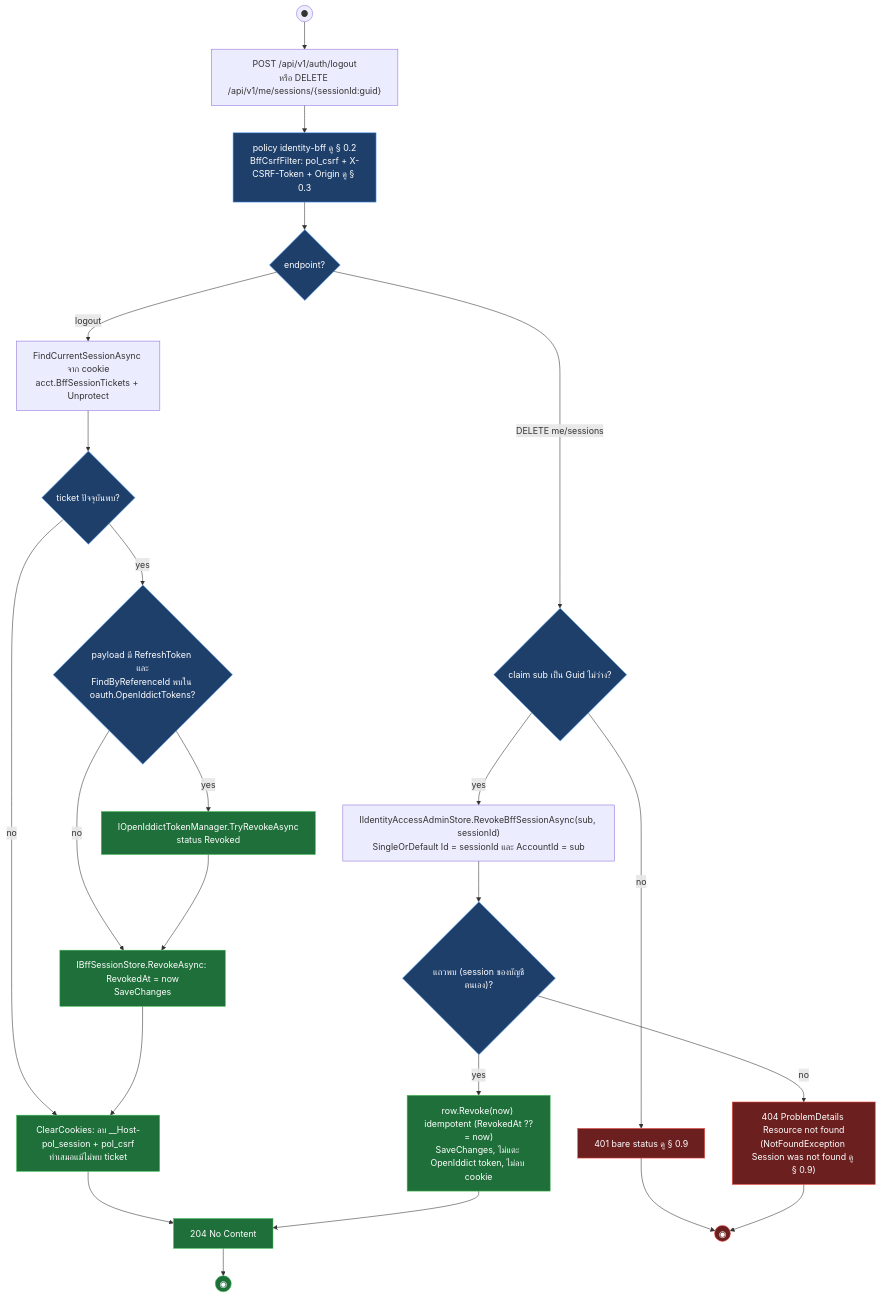
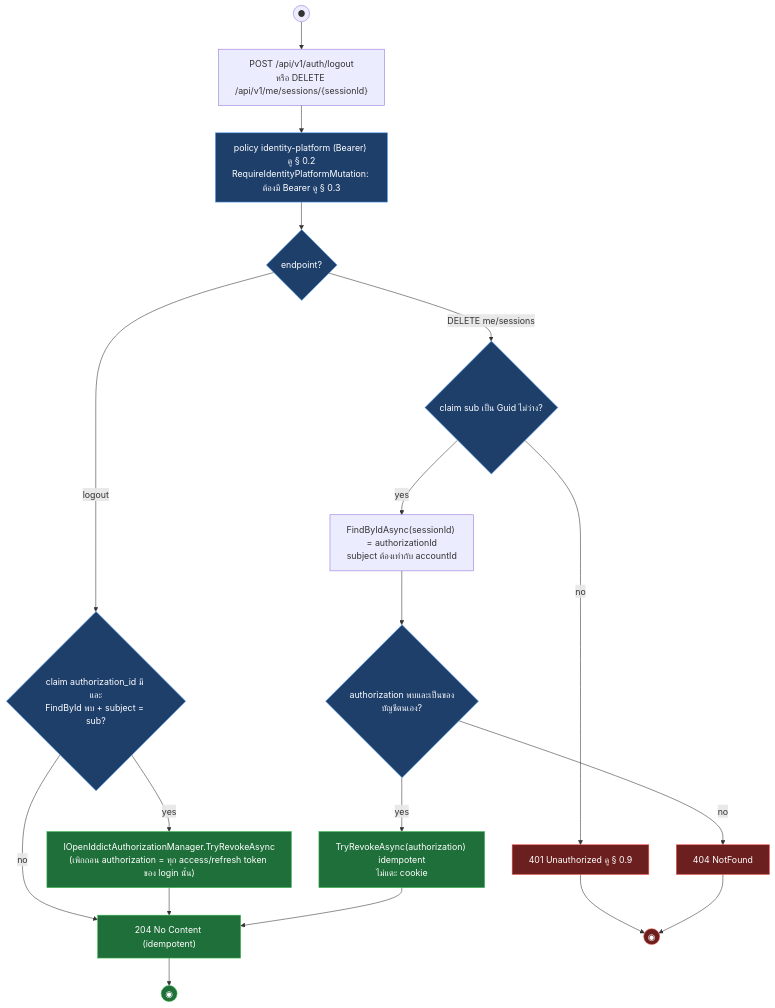
Before and after one commit to metrodiesign/pol-core: the sixth of 8 diagrams in outputs/diagrams/2026-09-14_api-endpoints_v1/01-identity-bff-oauth.activities.md, drawn with Mermaid. The commit also changed other lines of this file and 42 other files, not shown here.

First line of the commit message:
docs: align reference docs and the API diagram set with the Bearer-only admin plane

````diff
--- a/outputs/diagrams/2026-09-14_api-endpoints_v1/01-identity-bff-oauth.activities.md
+++ b/outputs/diagrams/2026-09-14_api-endpoints_v1/01-identity-bff-oauth.activities.md
@@ -287,32 +231,27 @@
 ```mermaid
 flowchart TD
-    START((●)) --> REQ["POST /api/v1/auth/logout<br/>หรือ DELETE /api/v1/me/sessions/{sessionId:guid}"]
-    REQ --> AUTHZ["policy identity-bff ดู § 0.2<br/>BffCsrfFilter: pol_csrf + X-CSRF-Token + Origin ดู § 0.3"]
+    START((●)) --> REQ["POST /api/v1/auth/logout<br/>หรือ DELETE /api/v1/me/sessions/{sessionId}"]
+    REQ --> AUTHZ["policy identity-platform (Bearer) ดู § 0.2<br/>RequireIdentityPlatformMutation: ต้องมี Bearer ดู § 0.3"]
     AUTHZ --> WHICH{"endpoint?"}
-    WHICH -->|logout| FIND["FindCurrentSessionAsync จาก cookie<br/>acct.BffSessionTickets + Unprotect"]
-    FIND --> HAS{"ticket ปัจจุบันพบ?"}
-    HAS -->|yes| RT{"payload มี RefreshToken และ<br/>FindByReferenceId พบใน oauth.OpenIddictTokens?"}
-    RT -->|yes| REVOKE_RT["IOpenIddictTokenManager.TryRevokeAsync<br/>status Revoked"]
-    RT -->|no| REVOKE_T
-    REVOKE_RT --> REVOKE_T["IBffSessionStore.RevokeAsync: RevokedAt = now<br/>SaveChanges"]
-    HAS -->|no| CLEAR
-    REVOKE_T --> CLEAR["ClearCookies: ลบ __Host-pol_session + pol_csrf<br/>ทำเสมอแม้ไม่พบ ticket"]
-    CLEAR --> R204["204 No Content"]
+    WHICH -->|logout| AID{"claim authorization_id มี และ<br/>FindById พบ + subject = sub?"}
+    AID -->|yes| REVOKE["IOpenIddictAuthorizationManager.TryRevokeAsync<br/>(เพิกถอน authorization = ทุก access/refresh token ของ login นั้น)"]
+    AID -->|no| R204["204 No Content (idempotent)"]
+    REVOKE --> R204
     WHICH -->|"DELETE me/sessions"| SUB{"claim sub เป็น Guid ไม่ว่าง?"}
-    SUB -->|no| R401["401 bare status ดู § 0.9"]
-    SUB -->|yes| ROW["IIdentityAccessAdminStore.RevokeBffSessionAsync(sub, sessionId)<br/>SingleOrDefault Id = sessionId และ AccountId = sub"]
-    ROW --> FOUND{"แถวพบ (session ของบัญชีตนเอง)?"}
-    FOUND -->|no| R404["404 ProblemDetails Resource not found<br/>(NotFoundException Session was not found ดู § 0.9)"]
-    FOUND -->|yes| REV2["row.Revoke(now) idempotent (RevokedAt ??= now)<br/>SaveChanges, ไม่แตะ OpenIddict token, ไม่ลบ cookie"]
+    SUB -->|no| R401["401 Unauthorized ดู § 0.9"]
+    SUB -->|yes| ROW["FindByIdAsync(sessionId) = authorizationId<br/>subject ต้องเท่ากับ accountId"]
+    ROW --> FOUND{"authorization พบและเป็นของบัญชีตนเอง?"}
+    FOUND -->|no| R404["404 NotFound"]
+    FOUND -->|yes| REV2["TryRevokeAsync(authorization) idempotent<br/>ไม่แตะ cookie"]
     REV2 --> R204
     R204 --> END_S((◉))
     R401 --> END_F((◉))
     R404 --> END_F
 
     classDef ok fill:#1f6f3a,stroke:#3fb950,color:#fff
     classDef fail fill:#6b1f1f,stroke:#f85149,color:#fff
     classDef gate fill:#1f3f6b,stroke:#58a6ff,color:#fff
-    class REVOKE_RT,REVOKE_T,CLEAR,REV2,R204,END_S ok
+    class REVOKE,REV2,R204,END_S ok
     class R401,R404,END_F fail
-    class AUTHZ,WHICH,HAS,RT,SUB,FOUND gate
+    class AUTHZ,WHICH,AID,SUB,FOUND gate
 ```
````
